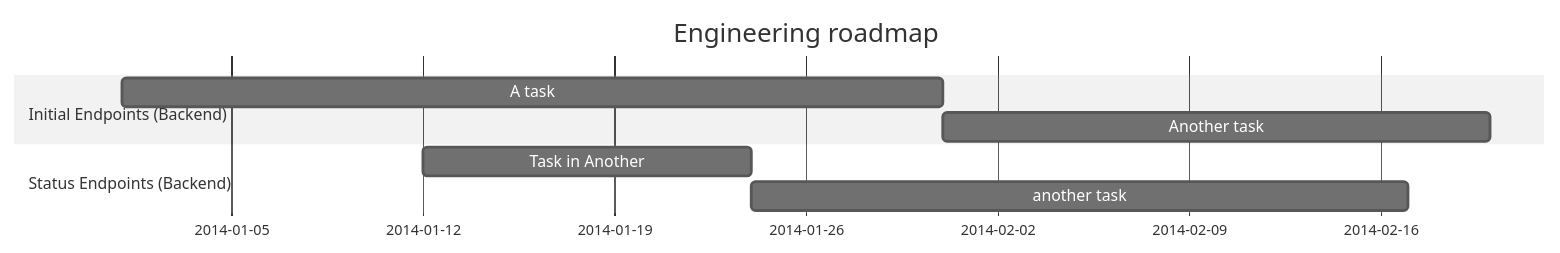
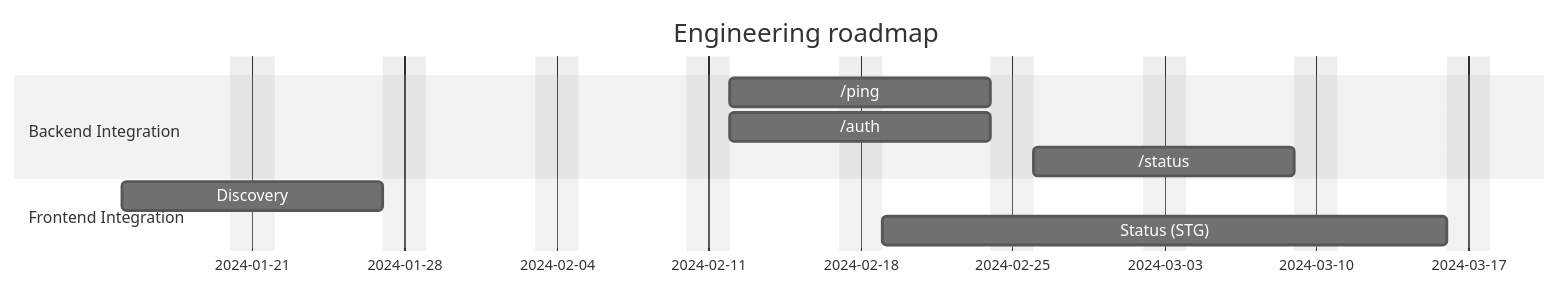
One commit to department-of-veterans-affairs/va.gov-team changed the diagram in products/health-care/beneficiary-travel/engineering/eng-roadmap.md. Above: the diagram before and after it, drawn with Mermaid (neutral theme).

````diff
--- a/products/health-care/beneficiary-travel/engineering/eng-roadmap.md
+++ b/products/health-care/beneficiary-travel/engineering/eng-roadmap.md
@@ -3,12 +3,16 @@
 ```mermaid
 gantt
+    %% A week is 5 days
+    %% A sprint is 10 days
+
     title Engineering roadmap
     dateFormat YYYY-MM-DD
-    section Initial Endpoints (Backend)
-        A task          :a1, 2014-01-01, 30d
-        Another task    :after a1, 20d
-%% If at all possible, let's try to do status endpoints in vertical slices?
-    section Status Endpoints (Backend)
-        Task in Another :2014-01-12, 12d
-        another task    :24d
+    excludes weekends
+    section Backend Integration
+        /ping    :ping, 2024-02-12, 10d
+        /auth    :auth, 2024-02-12, 10d
+        /status  :sts-be, after auth, 10d
+    section Frontend Integration
+        Discovery       :disc, 2024-01-15, 10d
+        Status (STG)    :sts-fe, 2024-02-19, 20d
 ```
````
